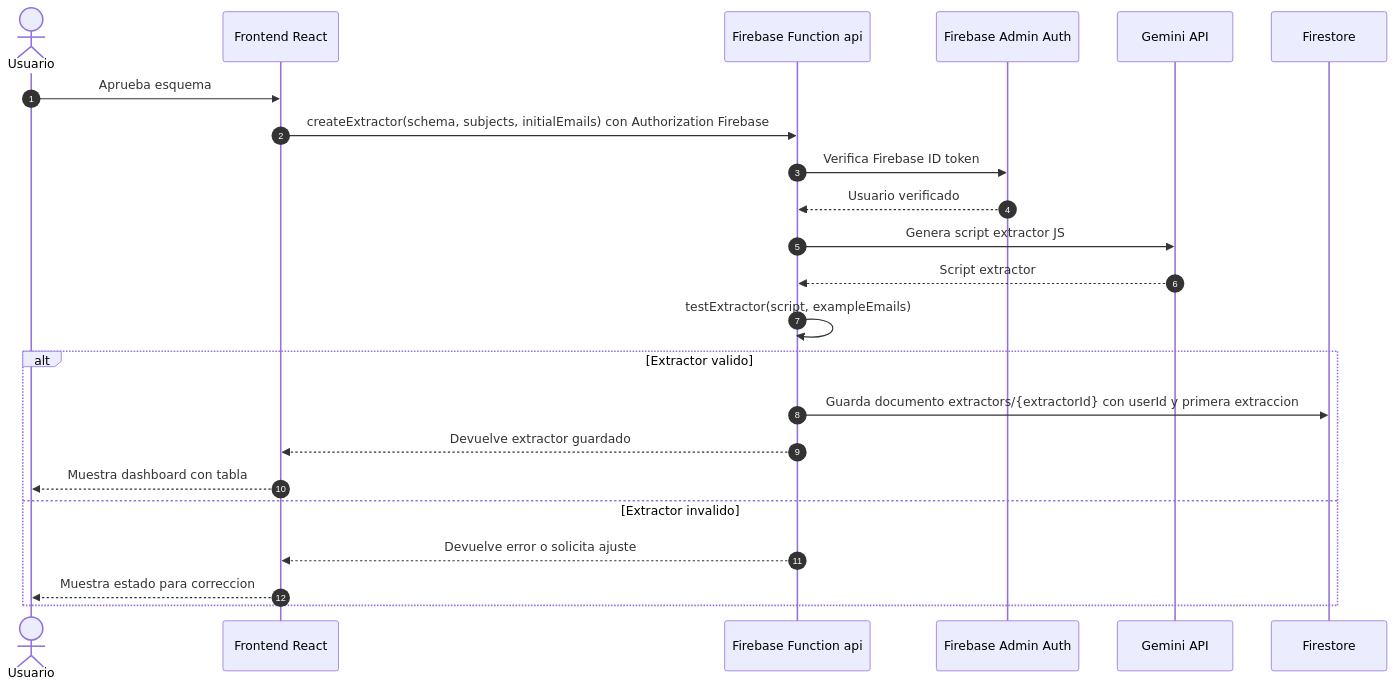
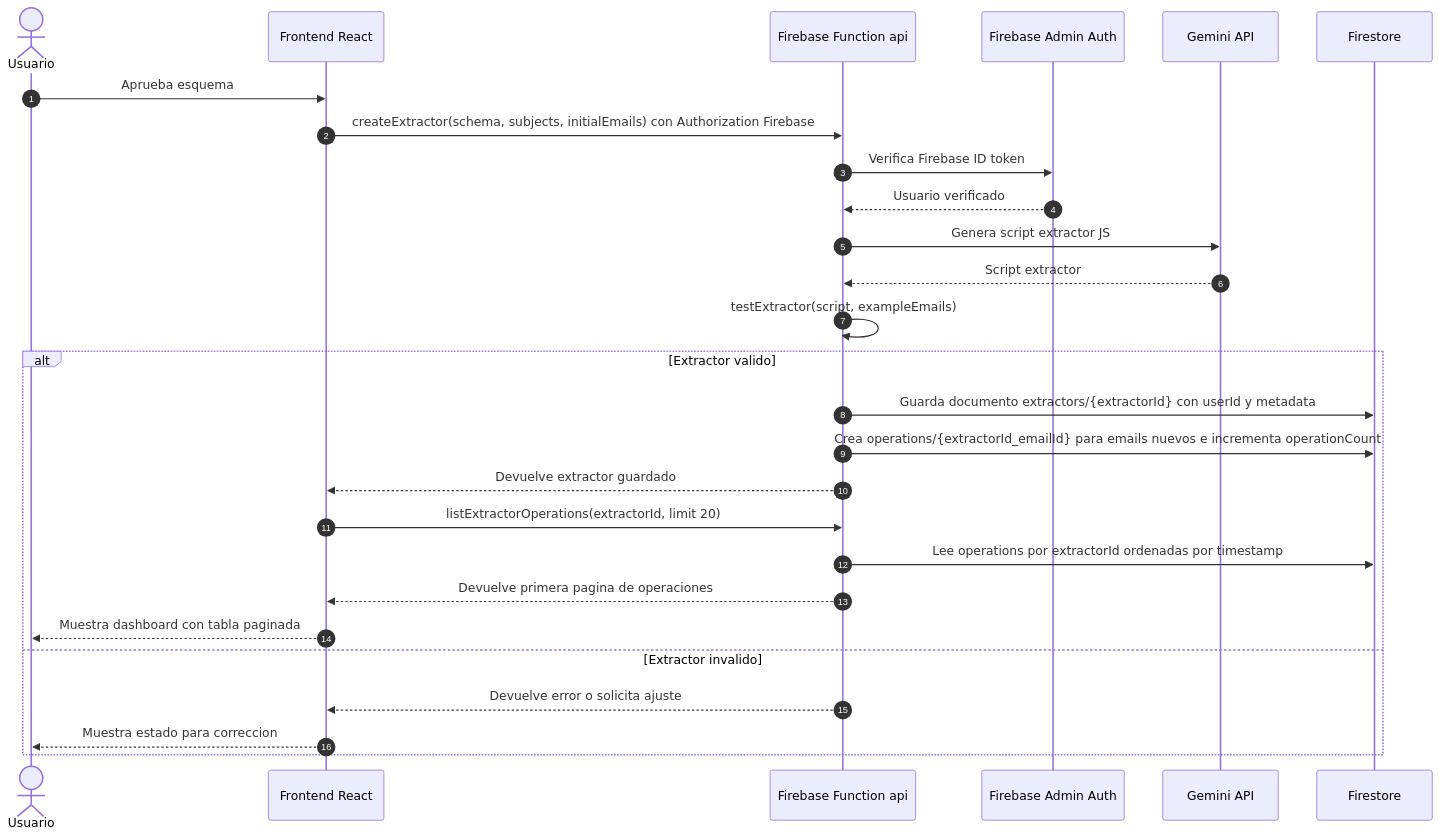
Before and after one commit to mijahilbarra/organizr: the fifth of 9 diagrams in sequence-diagram.md, drawn with Mermaid. The commit also changed other lines of this file and 24 other files, not shown here.

````diff
--- a/sequence-diagram.md
+++ b/sequence-diagram.md
@@ -121,27 +121,31 @@
 ```mermaid
 sequenceDiagram
   autonumber
   actor User as Usuario
   participant Frontend as Frontend React
   participant Function as Firebase Function api
   participant FirebaseAuth as Firebase Admin Auth
   participant Gemini as Gemini API
   participant Firestore as Firestore
 
   User->>Frontend: Aprueba esquema
   Frontend->>Function: createExtractor(schema, subjects, initialEmails) con Authorization Firebase
   Function->>FirebaseAuth: Verifica Firebase ID token
   FirebaseAuth-->>Function: Usuario verificado
   Function->>Gemini: Genera script extractor JS
   Gemini-->>Function: Script extractor
   Function->>Function: testExtractor(script, exampleEmails)
 
   alt Extractor valido
-    Function->>Firestore: Guarda documento extractors/{extractorId} con userId y primera extraccion
+    Function->>Firestore: Guarda documento extractors/{extractorId} con userId y metadata
+    Function->>Firestore: Crea operations/{extractorId_emailId} para emails nuevos e incrementa operationCount
     Function-->>Frontend: Devuelve extractor guardado
-    Frontend-->>User: Muestra dashboard con tabla
+    Frontend->>Function: listExtractorOperations(extractorId, limit 20)
+    Function->>Firestore: Lee operations por extractorId ordenadas por timestamp
+    Function-->>Frontend: Devuelve primera pagina de operaciones
+    Frontend-->>User: Muestra dashboard con tabla paginada
   else Extractor invalido
     Function-->>Frontend: Devuelve error o solicita ajuste
     Frontend-->>User: Muestra estado para correccion
   end
 ```
````
